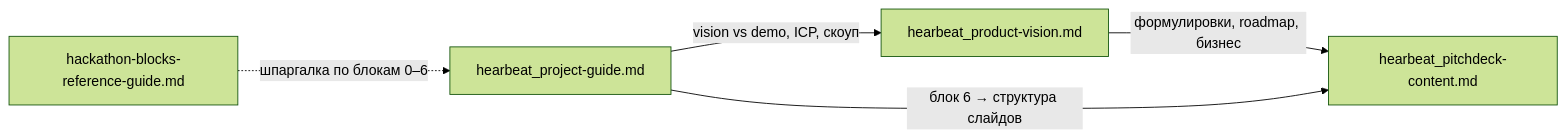
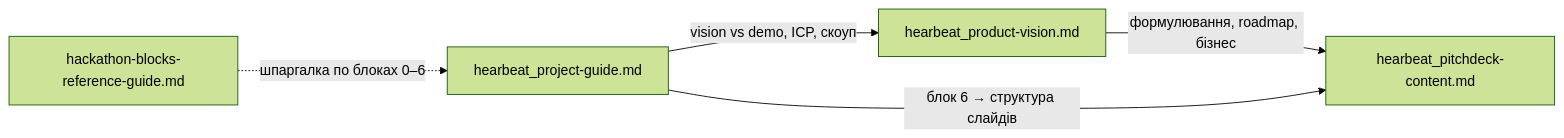
One commit to odessitua/hearbeat changed the diagram in hackaton/README.md. Above: the diagram before and after it, drawn with Mermaid (forest theme). The commit also changed other lines of this file, not shown here.

````diff
--- a/hackaton/README.md
+++ b/hackaton/README.md
@@ -54,12 +54,12 @@
 ```mermaid
 flowchart LR
   PG[hearbeat_project-guide.md]
   PV[hearbeat_product-vision.md]
   PD[hearbeat_pitchdeck-content.md]
   REF[hackathon-blocks-reference-guide.md]
 
-  PV -->|"формулировки, roadmap, бизнес"| PD
-  PG -->|"блок 6 → структура слайдов"| PD
+  PV -->|"формулювання, roadmap, бізнес"| PD
+  PG -->|"блок 6 → структура слайдів"| PD
   PG -->|"vision vs demo, ICP, скоуп"| PV
-  REF -.->|"шпаргалка по блокам 0–6"| PG
+  REF -.->|"шпаргалка по блоках 0–6"| PG
 ```
````
